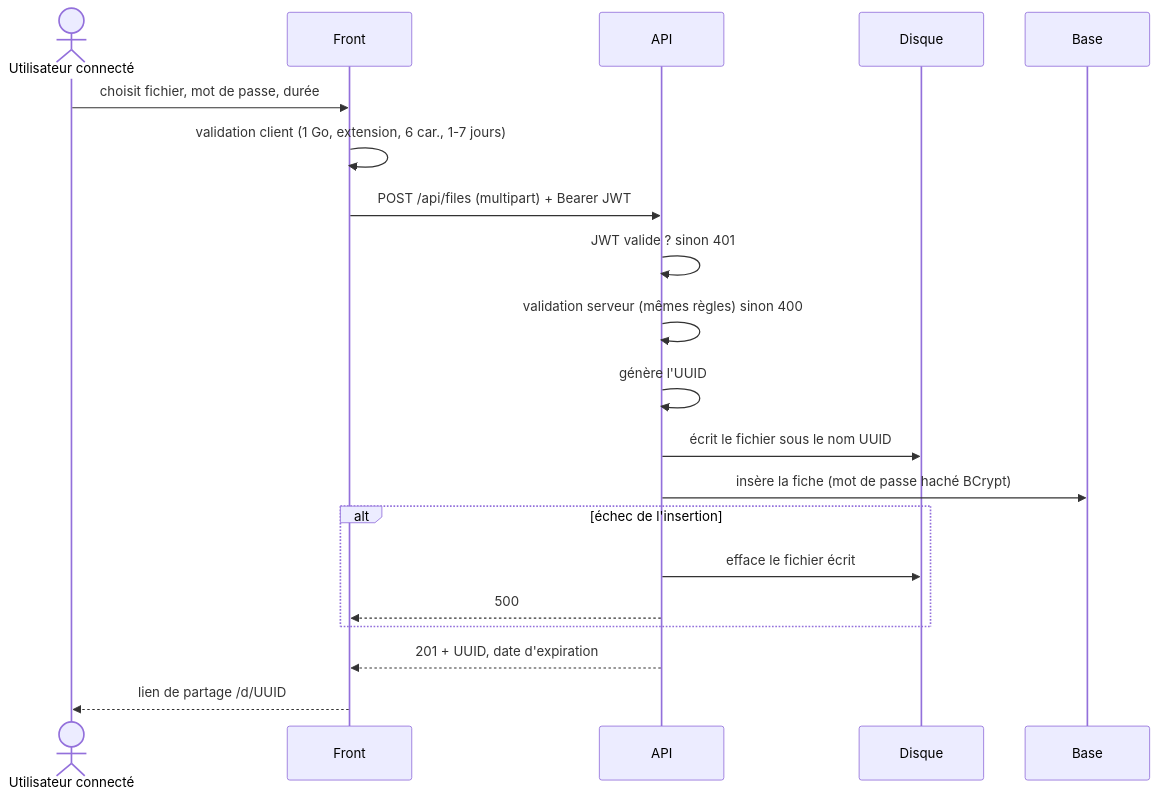
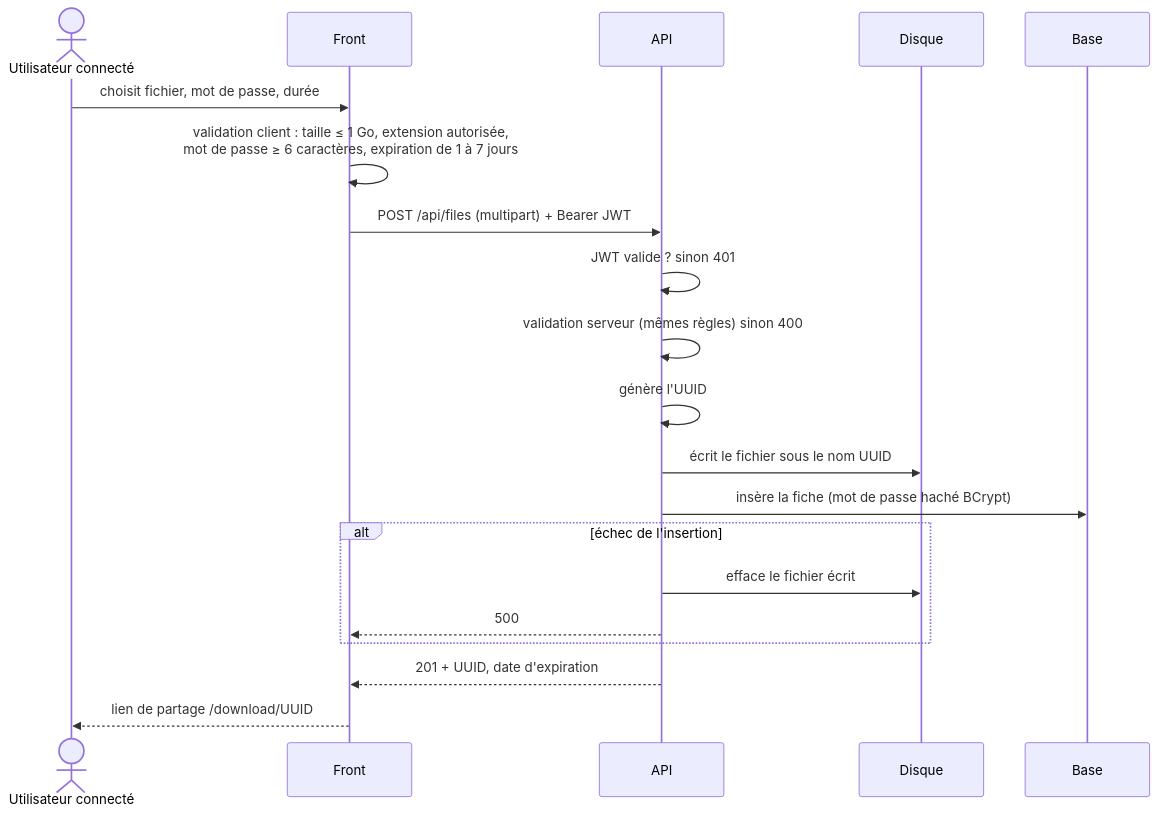
Before and after one commit to younesyousfipro/data-share: the third of 5 diagrams in docs/conception/architecture.md, drawn with Mermaid. The commit also changed other lines of this file and 1 other file, not shown here.

Commit message:
docs: add use cases and diagrams

````diff
--- a/docs/conception/architecture.md
+++ b/docs/conception/architecture.md
@@ -93,23 +139,23 @@
 ```mermaid
 sequenceDiagram
   actor U as Utilisateur connecté
   participant F as Front
   participant A as API
   participant D as Disque
   participant B as Base
 
   U->>F: choisit fichier, mot de passe, durée
-  F->>F: validation client (1 Go, extension, 6 car., 1-7 jours)
+  F->>F: validation client : taille ≤ 1 Go, extension autorisée,<br/>mot de passe ≥ 6 caractères, expiration de 1 à 7 jours
   F->>A: POST /api/files (multipart) + Bearer JWT
   A->>A: JWT valide ? sinon 401
   A->>A: validation serveur (mêmes règles) sinon 400
   A->>A: génère l'UUID
   A->>D: écrit le fichier sous le nom UUID
   A->>B: insère la fiche (mot de passe haché BCrypt)
   alt échec de l'insertion
     A->>D: efface le fichier écrit
     A-->>F: 500
   end
   A-->>F: 201 + UUID, date d'expiration
-  F-->>U: lien de partage /d/UUID
+  F-->>U: lien de partage /download/UUID
 ```
````
